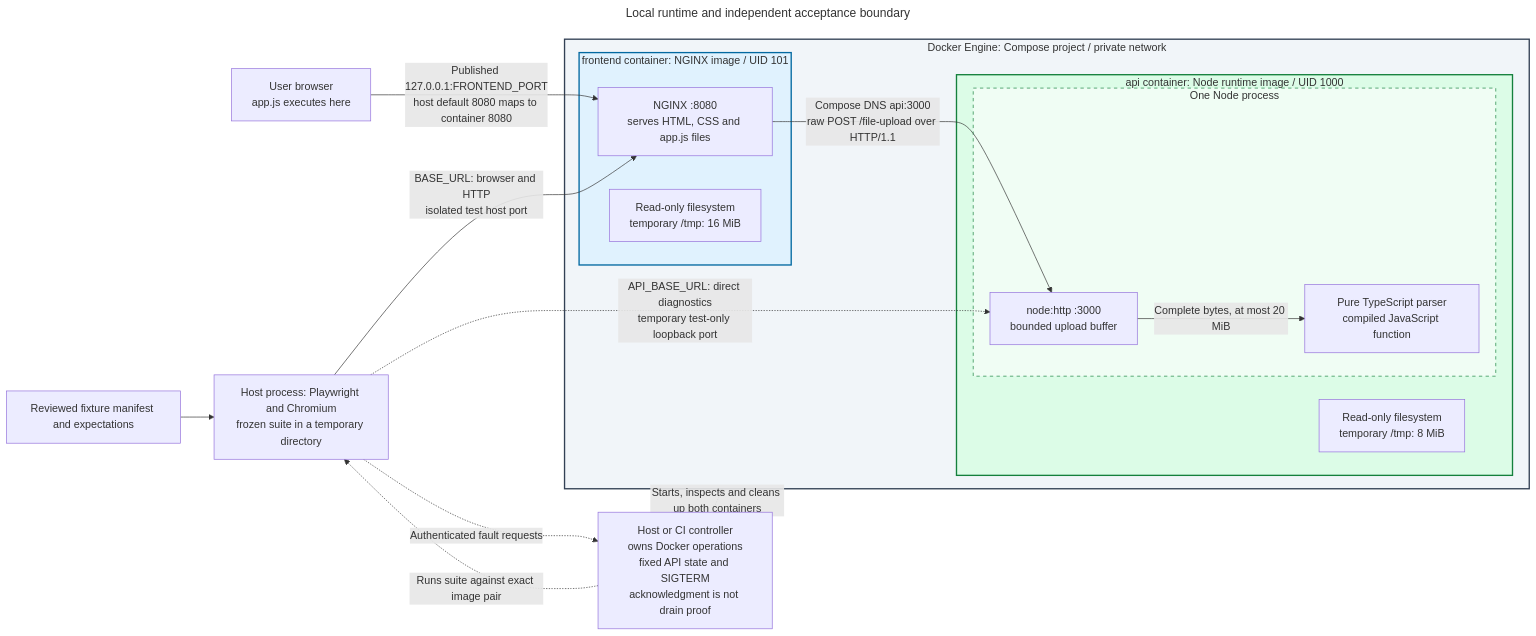
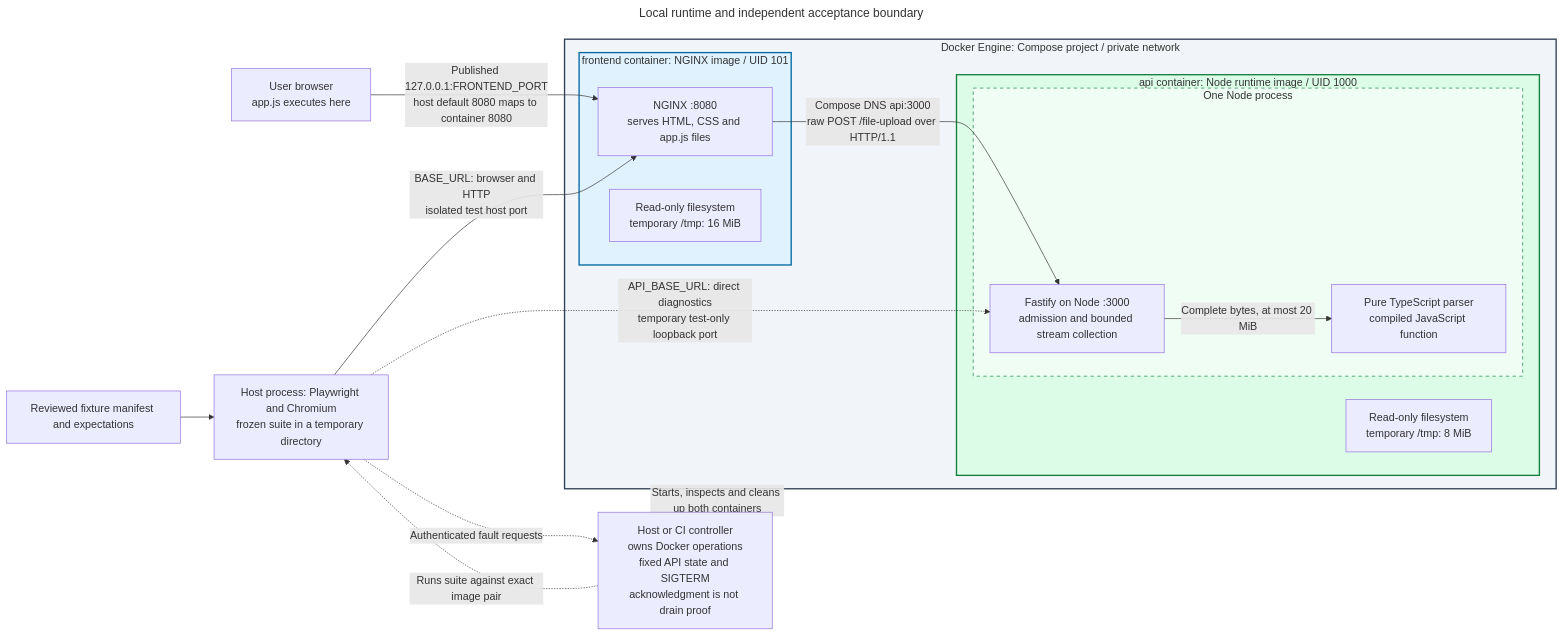
The diagram in docs/architecture/diagrams/runtime.mmd (brobro10000/mp3-frame-counter), drawn with Mermaid before and after one commit. The commit also changed 22 other files, not shown here.

First line of the commit message:
feat(api): migrate bounded upload transport to Fastify (#19)

```diff
--- a/docs/architecture/diagrams/runtime.mmd
+++ b/docs/architecture/diagrams/runtime.mmd
@@ -1,54 +1,54 @@
 ---
 title: Local runtime and independent acceptance boundary
 query: >-
   Show Docker wrapping exactly two independently built application images as
   Compose containers. Nest NGINX and its static assets inside the frontend
-  container, and the HTTP handler plus parser inside one Node process in the API
-  container. Put both containers inside Docker's Compose network. Keep browser
-  JavaScript, the host controller and extracted Playwright/Chromium runner
-  outside Docker. Distinguish published loopback host port from internal
+  container, and Fastify transport plus parser inside one Node process in the
+  API container. Put both containers inside Docker's Compose network. Keep
+  browser JavaScript, the host controller and extracted Playwright/Chromium
+  runner outside Docker. Distinguish published loopback host port from internal
   frontend port 8080 and private API port 3000, with a separate test-only
   loopback binding for direct API diagnostics. Show source-defined runtime
   users, read-only filesystems, temporary mounts and bounded in-process parsing.
   Do not imply a third parser/test container, Node frontend runtime or cloud
   deployment. Keep fixed API lifecycle readback and SIGTERM inside the host
   controller; command acknowledgment does not prove graceful drain.
 references:
   - 'File: /compose.yaml'
   - 'File: /frontend/Dockerfile'
   - 'File: /frontend/nginx.conf.template'
   - 'File: /server/Dockerfile'
   - 'File: /server/src/http.ts'
   - 'File: /server/src/mp3.ts'
   - 'File: /scripts/run-e2e.mjs'
   - 'File: /scripts/e2e-controller.mjs'
-generationTime: '2026-10-10T10:13:57.088Z'
+generationTime: '2026-10-10T12:49:47.573Z'
 ---
 flowchart LR
     B["User browser<br/>app.js executes here"]
     subgraph DOCKER["Docker Engine: Compose project / private network"]
         subgraph FRONT["frontend container: NGINX image / UID 101"]
             F["NGINX :8080<br/>serves HTML, CSS and app.js files"]
             FS["Read-only filesystem<br/>temporary /tmp: 16 MiB"]
         end
         subgraph BACK["api container: Node runtime image / UID 1000"]
             subgraph NODE["One Node process"]
-                A["node:http :3000<br/>bounded upload buffer"]
+                A["Fastify on Node :3000<br/>admission and bounded stream collection"]
                 P["Pure TypeScript parser<br/>compiled JavaScript function"]
                 A -->|"Complete bytes, at most 20 MiB"| P
             end
             AS["Read-only filesystem<br/>temporary /tmp: 8 MiB"]
         end
         F -->|"Compose DNS api:3000<br/>raw POST /file-upload over HTTP/1.1"| A
     end
     B -->|"Published 127.0.0.1:FRONTEND_PORT<br/>host default 8080 maps to container 8080"| F
     T["Host process: Playwright and Chromium<br/>frozen suite in a temporary directory"] -->|"BASE_URL: browser and HTTP<br/>isolated test host port"| F
     T -.->|"API_BASE_URL: direct diagnostics<br/>temporary test-only loopback port"| A
     O["Reviewed fixture manifest and expectations"] --> T
     C["Host or CI controller<br/>owns Docker operations<br/>fixed API state and SIGTERM<br/>acknowledgment is not drain proof"] -.->|"Starts, inspects and cleans up both containers"| DOCKER
     C -.->|"Runs suite against exact image pair"| T
     T -.->|"Authenticated fault requests"| C
     style DOCKER fill:#f1f5f9,stroke:#334155,stroke-width:2px
     style FRONT fill:#e0f2fe,stroke:#0369a1,stroke-width:2px
     style BACK fill:#dcfce7,stroke:#15803d,stroke-width:2px
     style NODE fill:#f0fdf4,stroke:#15803d,stroke-dasharray:5 5
```
